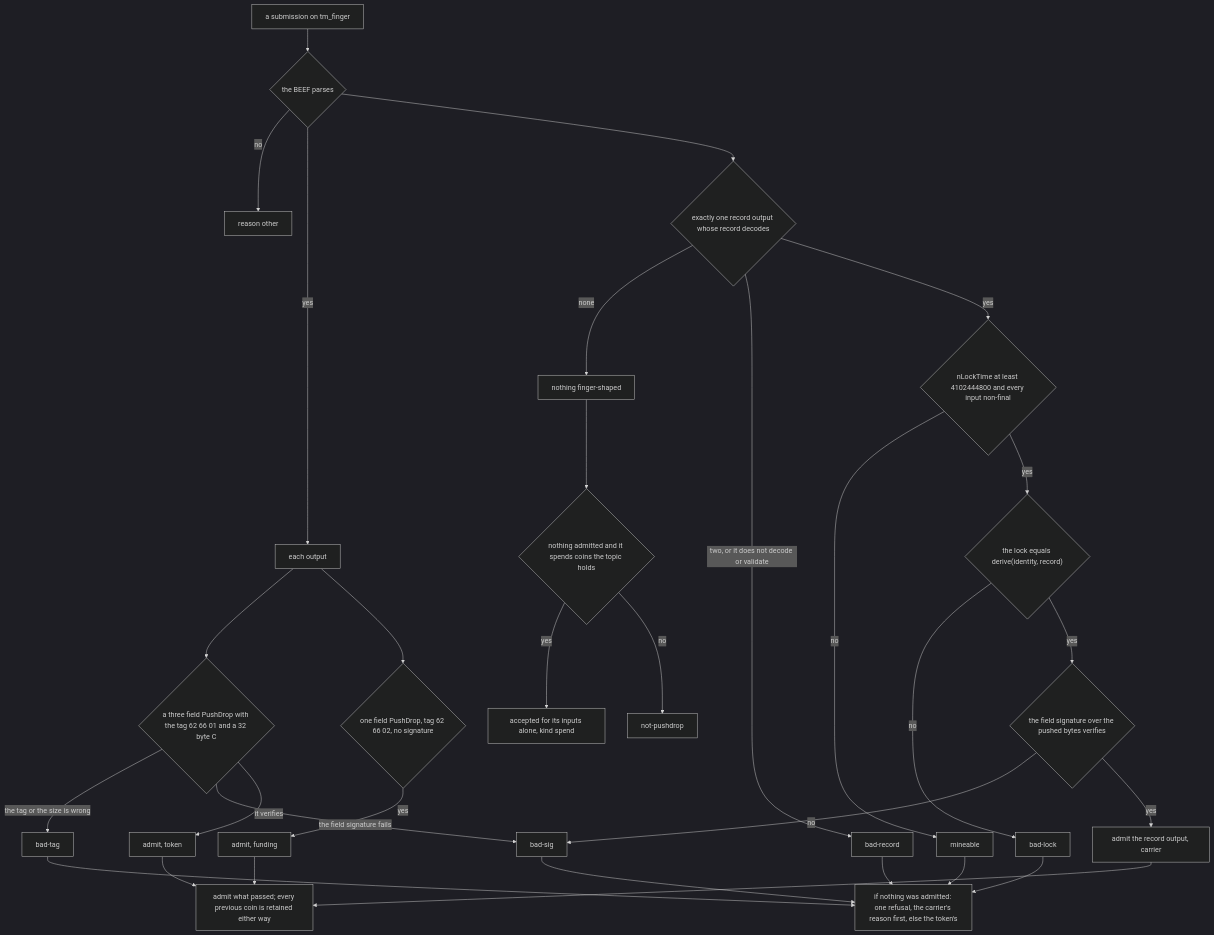
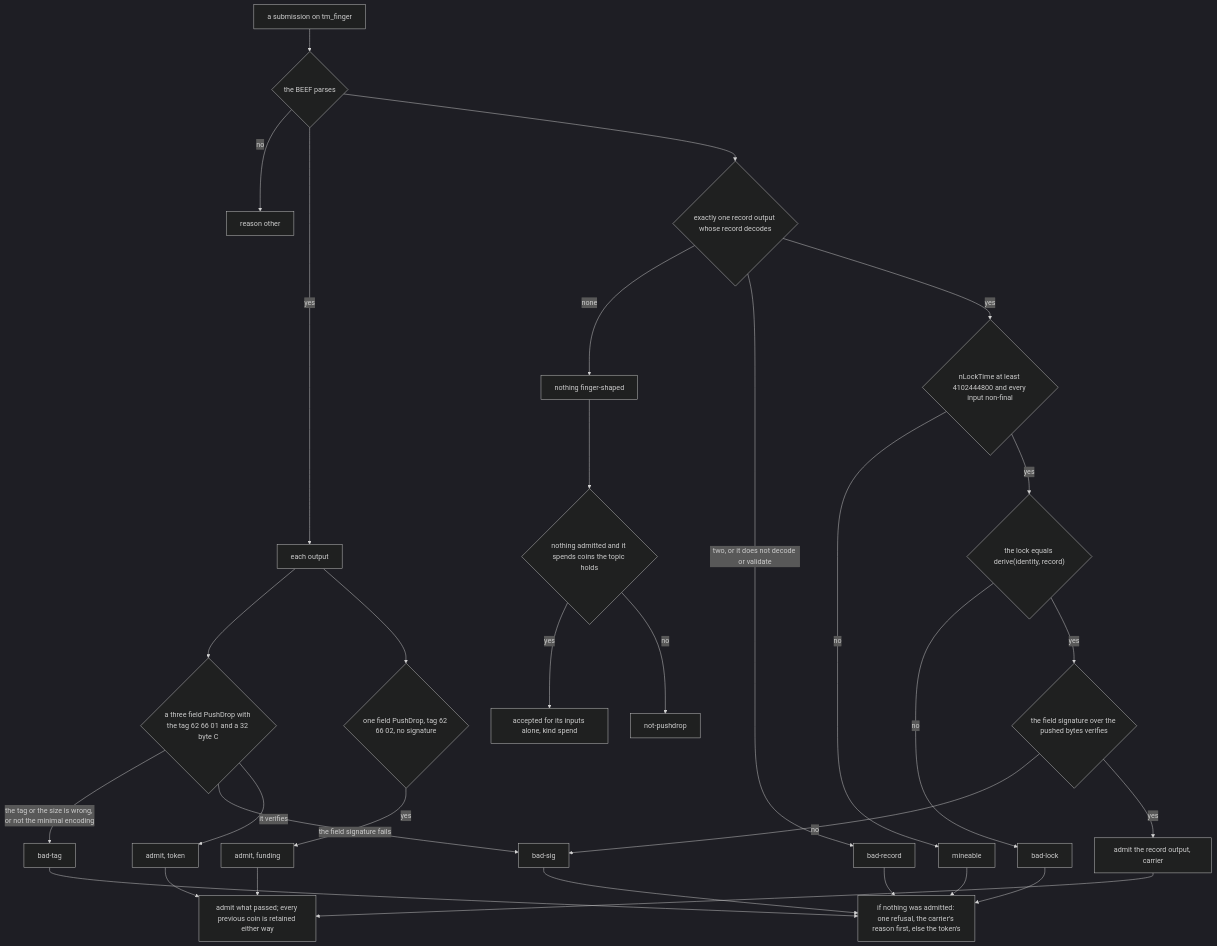
Before and after one commit to lightwebinc/bfinger: diagram 14 of 19 in docs/flows.md, drawn with Mermaid (dark theme). The commit also changed 37 other files, not shown here.

````diff
--- a/docs/flows.md
+++ b/docs/flows.md
@@ -422,33 +422,33 @@
 ```mermaid
 flowchart TD
   IN["a submission on tm_finger"] --> PARSE{"the BEEF parses"}
   PARSE -->|"no"| OTH["reason other"]
   PARSE -->|"yes"| SCAN["each output"]
   SCAN --> TQ{"a three field PushDrop with the tag 62 66 01 and a 32 byte C"}
-  TQ -->|"the tag or the size is wrong"| BT["bad-tag"]
+  TQ -->|"the tag or the size is wrong, or not the minimal encoding"| BT["bad-tag"]
   TQ -->|"the field signature fails"| BS["bad-sig"]
   TQ -->|"it verifies"| AT["admit, token"]
   SCAN --> FQ{"one field PushDrop, tag 62 66 02, no signature"}
   FQ -->|"yes"| AF["admit, funding"]
   PARSE --> CQ{"exactly one record output whose record decodes"}
   CQ -->|"none"| NF["nothing finger-shaped"]
   CQ -->|"two, or it does not decode or validate"| BR["bad-record"]
   CQ -->|"yes"| C2{"nLockTime at least 4102444800 and every input non-final"}
   C2 -->|"no"| MN["mineable"]
   C2 -->|"yes"| C3{"the lock equals derive(identity, record)"}
   C3 -->|"no"| BL["bad-lock"]
   C3 -->|"yes"| C4{"the field signature over the pushed bytes verifies"}
   C4 -->|"no"| BS
   C4 -->|"yes"| AC["admit the record output, carrier"]
   AT --> KEEP["admit what passed; every previous coin is retained either way"]
   AF --> KEEP
   AC --> KEEP
   NF --> SP{"nothing admitted and it spends coins the topic holds"}
   SP -->|"yes"| SPD["accepted for its inputs alone, kind spend"]
   SP -->|"no"| NP["not-pushdrop"]
   BT --> ONE["if nothing was admitted: one refusal, the carrier's reason first, else the token's"]
   BS --> ONE
   BR --> ONE
   MN --> ONE
   BL --> ONE
 ```
````
